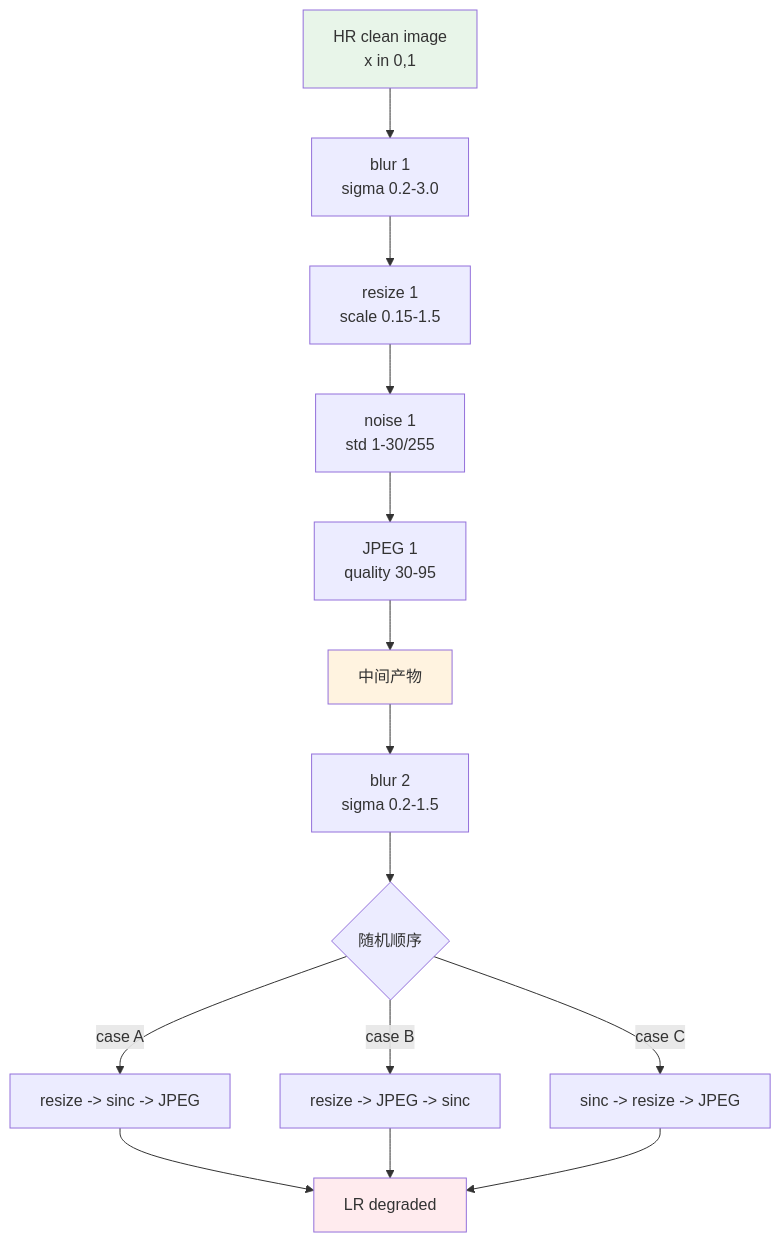
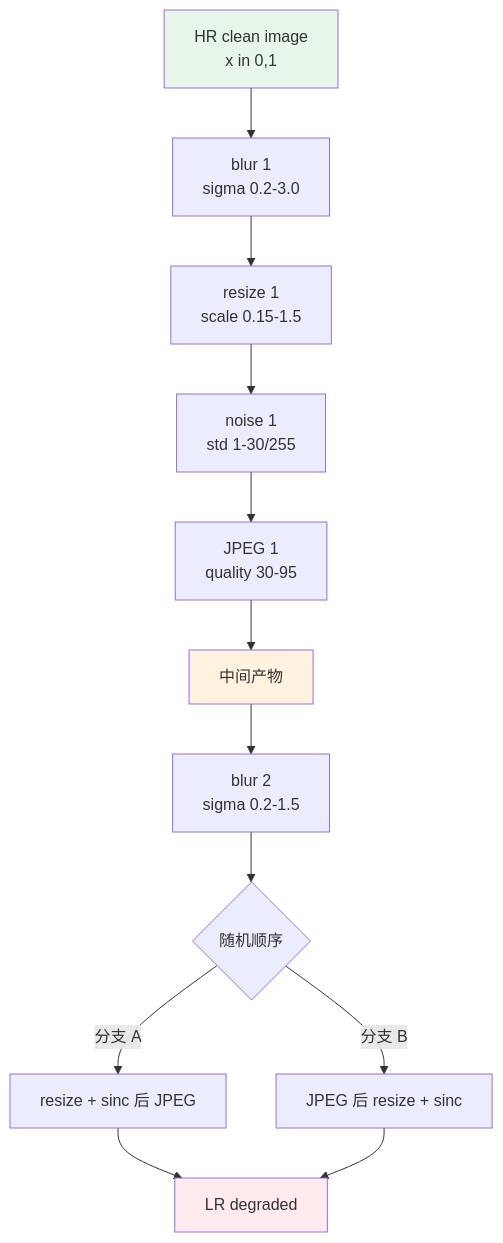
One commit to yingwang/image-enhancement-guide changed the second of 4 diagrams in chapters/05-degradation-pipeline.md. Above: the diagram before and after it, drawn with Mermaid. The commit also changed other lines of this file and 18 other files, not shown here.

````diff
--- a/chapters/05-degradation-pipeline.md
+++ b/chapters/05-degradation-pipeline.md
@@ -203,21 +203,19 @@
 ```mermaid
 graph TD
     HR[HR clean image<br/>x in 0,1]
     HR --> B1[blur 1<br/>sigma 0.2-3.0]
     B1 --> R1[resize 1<br/>scale 0.15-1.5]
     R1 --> N1[noise 1<br/>std 1-30/255]
     N1 --> J1[JPEG 1<br/>quality 30-95]
     J1 --> Mid[中间产物]
     Mid --> B2[blur 2<br/>sigma 0.2-1.5]
     B2 --> Choice{随机顺序}
-    Choice -->|case A| A1[resize -> sinc -> JPEG]
-    Choice -->|case B| A2[resize -> JPEG -> sinc]
-    Choice -->|case C| A3[sinc -> resize -> JPEG]
+    Choice -->|分支 A| A1[resize + sinc 后 JPEG]
+    Choice -->|分支 B| A2[JPEG 后 resize + sinc]
     A1 --> LR[LR degraded]
     A2 --> LR
-    A3 --> LR
 
     style HR fill:#e8f5e9
     style Mid fill:#fff3e0
     style LR fill:#ffebee
 ```
````
